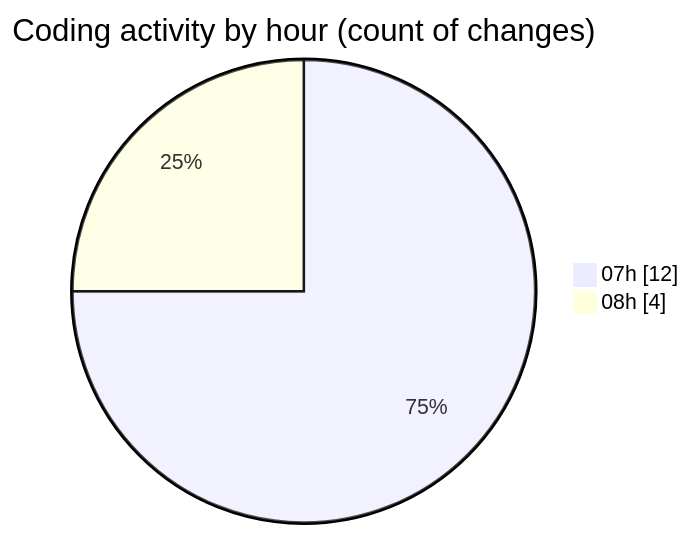
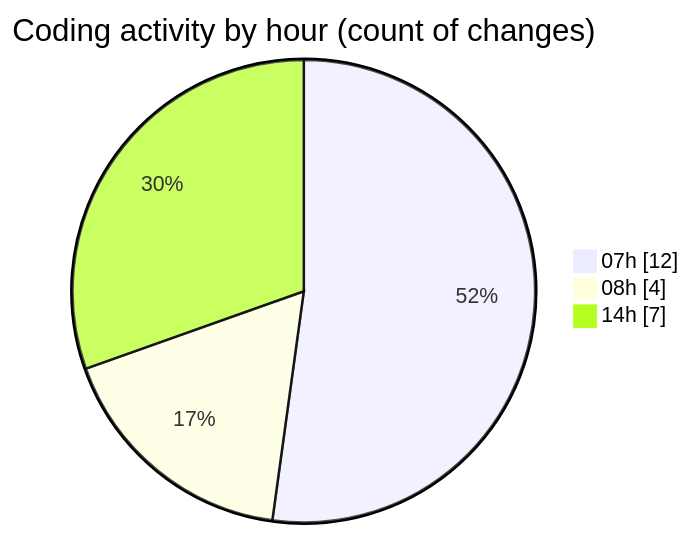
The second of 2 diagrams in 2025-01-09/mbc-web/README.md (robertbonfada/code-tracking), drawn with Mermaid before and after one commit. The commit also changed other lines of this file and 1 other file, not shown here.

````diff
--- a/2025-01-09/mbc-web/README.md
+++ b/2025-01-09/mbc-web/README.md
@@ -32,6 +34,7 @@
 ```mermaid
 pie showData
 title Coding activity by hour (count of changes)
 "07h" : 12
 "08h" : 4
+"14h" : 7
 ```
````
